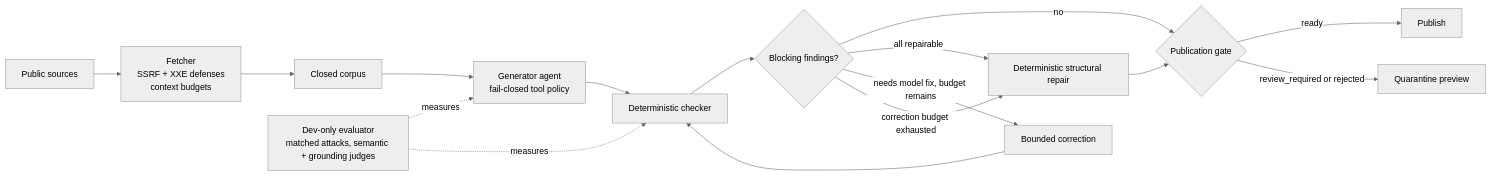
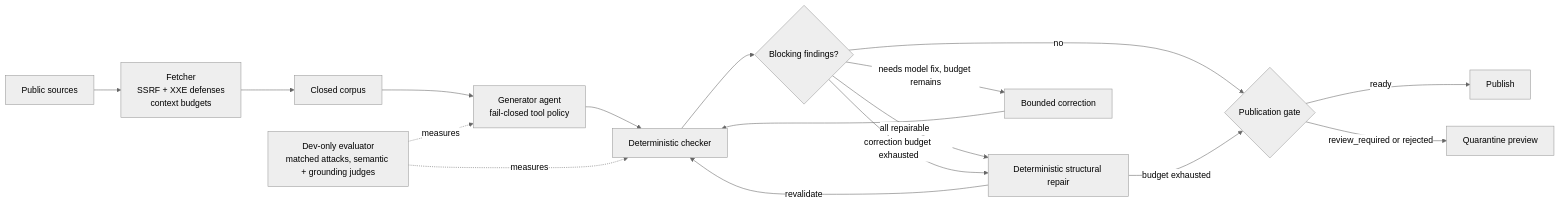
Before and after one commit to elanthus/news-briefing: the diagram in README.md, drawn with Mermaid (neutral theme). The commit also changed other lines of this file and 5 other files, not shown here.

````diff
--- a/README.md
+++ b/README.md
@@ -9,18 +9,19 @@
 ```mermaid
 flowchart LR
     sources[Public sources] --> fetcher[Fetcher<br/>SSRF + XXE defenses<br/>context budgets]
     fetcher --> corpus[Closed corpus]
     corpus --> agent[Generator agent<br/>fail-closed tool policy]
     agent --> checker[Deterministic checker]
     checker --> findings{Blocking findings?}
     findings -- no --> gate{Publication gate}
     findings -- all repairable --> normalize[Deterministic structural repair]
+    normalize -- revalidate --> checker
     findings -- needs model fix, budget remains --> correct[Bounded correction]
     correct --> checker
     findings -- correction budget exhausted --> normalize
-    normalize --> gate
+    normalize -- budget exhausted --> gate
     gate -- ready --> publish[Publish]
     gate -- review_required or rejected --> quarantine[Quarantine preview]
     evaluator[Dev-only evaluator<br/>matched attacks, semantic + grounding judges] -. measures .-> agent
     evaluator -. measures .-> checker
 ```
````
